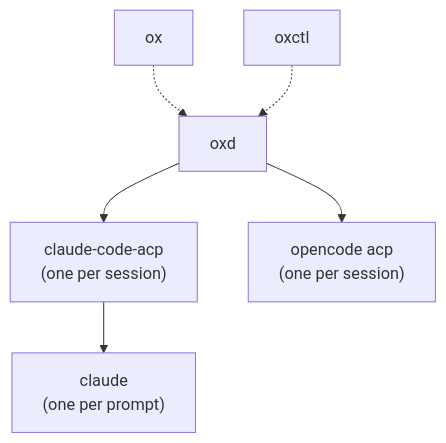
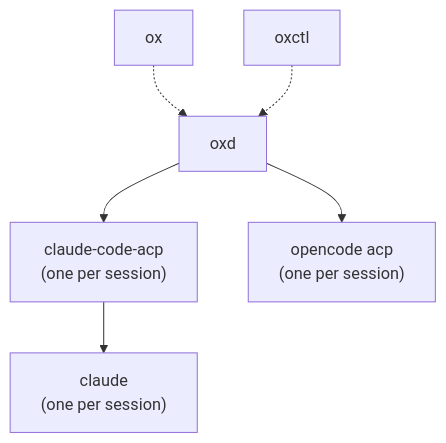
Before and after one commit to kkestell/ox: the diagram in docs/architecture.md, drawn with Mermaid. The commit also changed other lines of this file and 20 other files, not shown here.

First line of the commit message:
Keep one Claude process per session

````diff
--- a/docs/architecture.md
+++ b/docs/architecture.md
@@ -8,15 +8,15 @@
 ```mermaid
 flowchart TB
     ox["ox"]
     oxctl["oxctl"]
     oxd["oxd"]
     bridge["claude-code-acp<br/>(one per session)"]
     opencode["opencode acp<br/>(one per session)"]
-    claude["claude<br/>(one per prompt)"]
+    claude["claude<br/>(one per session)"]
 
     ox -.-> oxd
     oxctl -.-> oxd
     oxd --> bridge
     oxd --> opencode
     bridge --> claude
 ```
````
